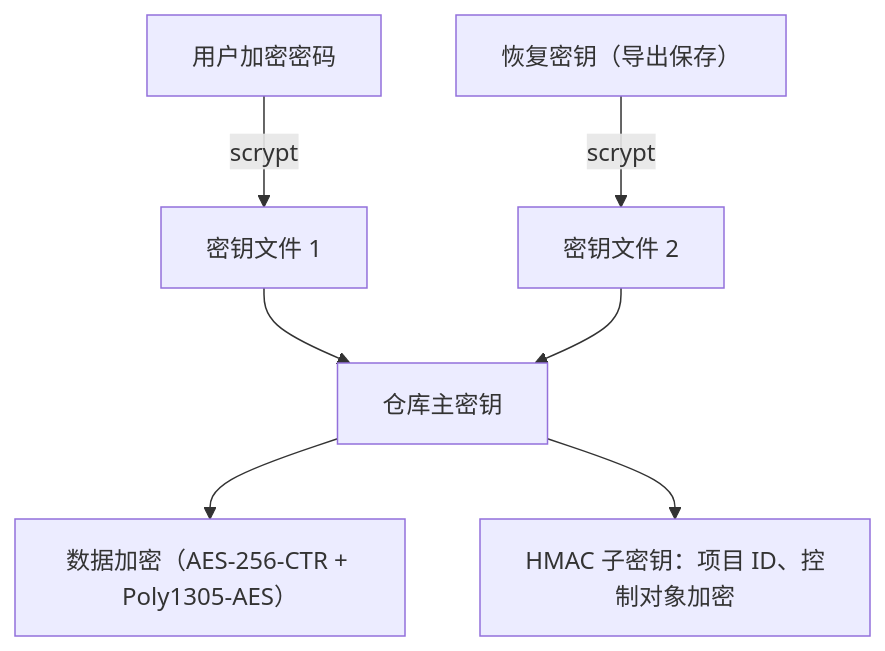
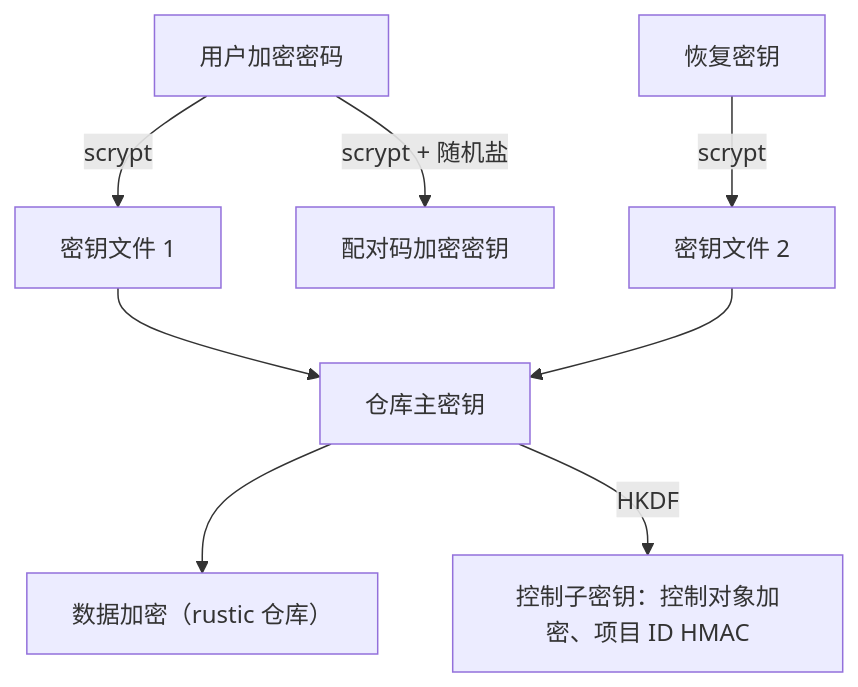
Before and after one commit to kverona-ai/workroam: the ninth of 10 diagrams in docs/architecture.md, drawn with Mermaid. The commit also changed other lines of this file and 15 other files, not shown here.

First line of the commit message:
docs: first complete PRD and architecture targeting v0.3

````diff
--- a/docs/architecture.md
+++ b/docs/architecture.md
@@ -576,9 +797,10 @@
 ```mermaid
 flowchart TB
     P["用户加密密码"] -- scrypt --> K1["密钥文件 1"]
-    R["恢复密钥（导出保存）"] -- scrypt --> K2["密钥文件 2"]
+    R["恢复密钥"] -- scrypt --> K2["密钥文件 2"]
     K1 --> M["仓库主密钥"]
     K2 --> M
-    M --> E["数据加密（AES-256-CTR + Poly1305-AES）"]
-    M --> H["HMAC 子密钥：项目 ID、控制对象加密"]
+    M --> E["数据加密（rustic 仓库）"]
+    M -- HKDF --> C["控制子密钥：控制对象加密、项目 ID HMAC"]
+    P -- scrypt + 随机盐 --> Q["配对码加密密钥"]
 ```
````
